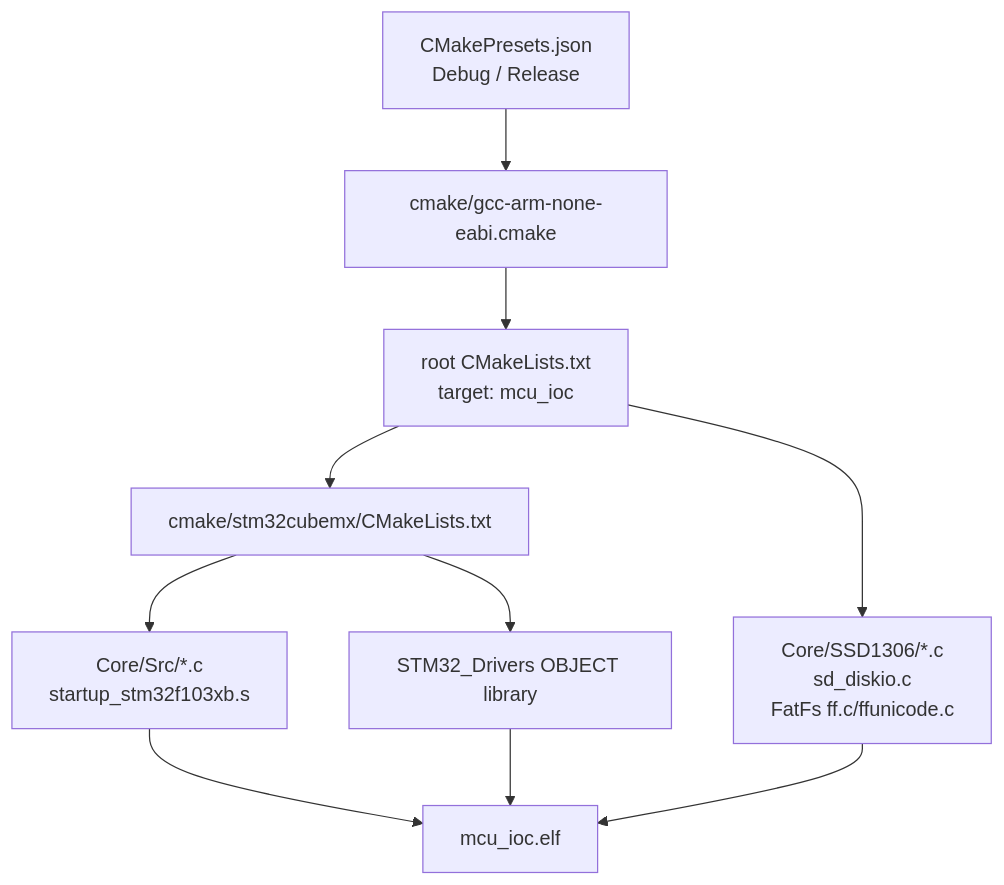
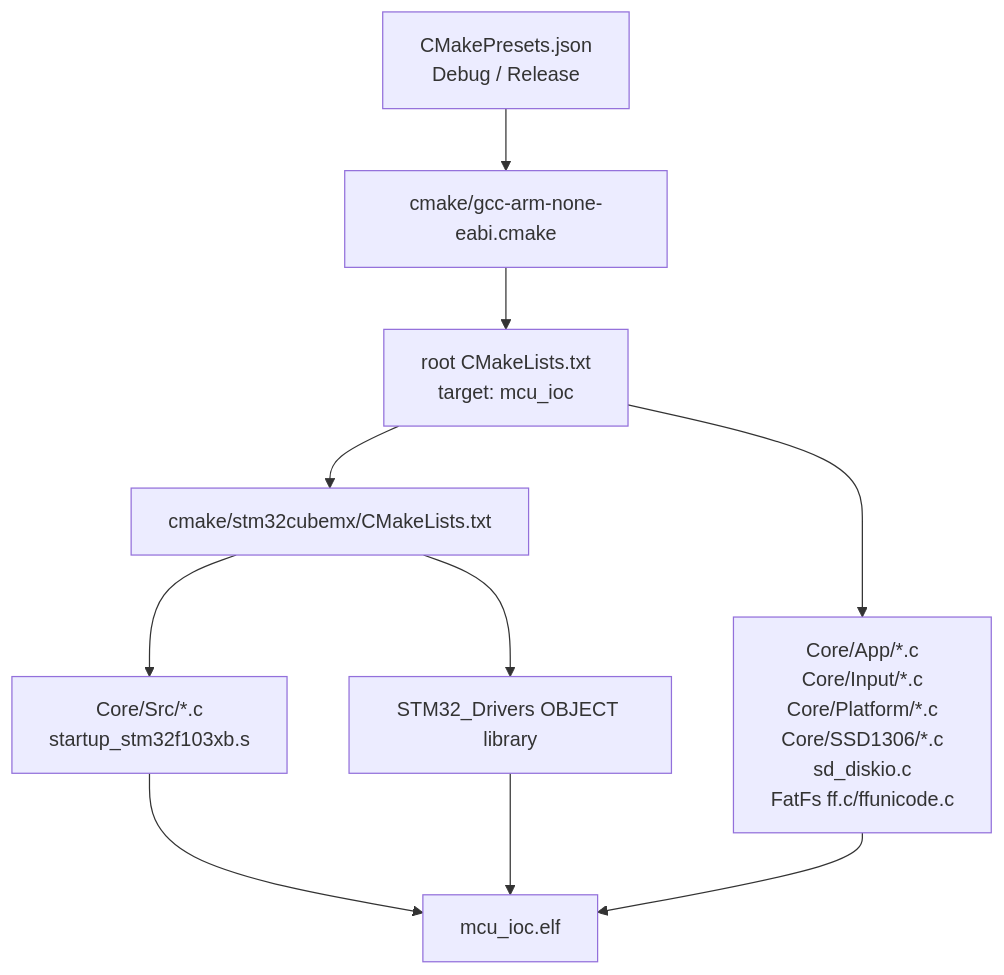
Before and after one commit to oscarsg29/lyrics_display: the eighth of 11 diagrams in AGENTS.md, drawn with Mermaid. The commit also changed other lines of this file and 22 other files, not shown here.

Commit message:
Isolate app architecture and harden display startup

````diff
--- a/AGENTS.md
+++ b/AGENTS.md
@@ -166,20 +198,20 @@
 ```mermaid
 flowchart TD
     Preset["CMakePresets.json<br/>Debug / Release"]
     Toolchain["cmake/gcc-arm-none-eabi.cmake"]
     RootCMake["root CMakeLists.txt<br/>target: mcu_ioc"]
     CubeCMake["cmake/stm32cubemx/CMakeLists.txt"]
     AppSources["Core/Src/*.c<br/>startup_stm32f103xb.s"]
-    UserSources["Core/SSD1306/*.c<br/>sd_diskio.c<br/>FatFs ff.c/ffunicode.c"]
+    UserSources["Core/App/*.c<br/>Core/Input/*.c<br/>Core/Platform/*.c<br/>Core/SSD1306/*.c<br/>sd_diskio.c<br/>FatFs ff.c/ffunicode.c"]
     DriverObj["STM32_Drivers OBJECT library"]
     Elf["mcu_ioc.elf"]
 
     Preset --> Toolchain --> RootCMake
     RootCMake --> CubeCMake
     CubeCMake --> AppSources
     CubeCMake --> DriverObj
     RootCMake --> UserSources
     AppSources --> Elf
     UserSources --> Elf
     DriverObj --> Elf
 ```
````
